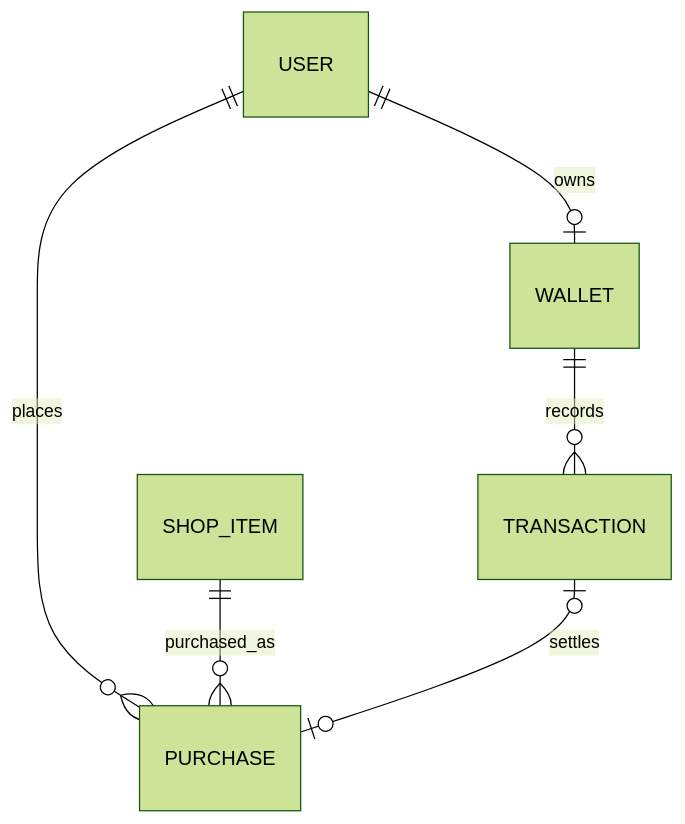
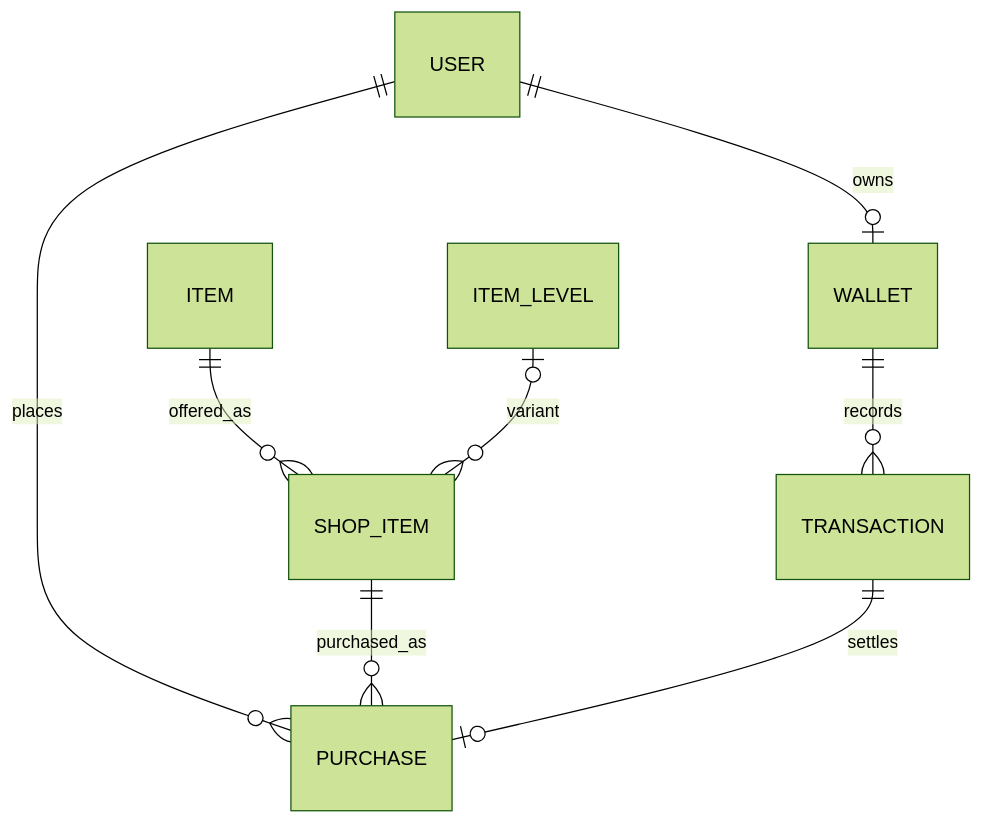
Before and after one commit to Martret92/duckyarenas-team5: the diagram in docs/erd/bank-shop.md, drawn with Mermaid (forest theme). The commit also changed other lines of this file, not shown here.

Commit message:
docs(bank-shop): align ERD with integrated models

````diff
--- a/docs/erd/bank-shop.md
+++ b/docs/erd/bank-shop.md
@@ -36,8 +26,10 @@
 ```mermaid
 erDiagram
     USER ||--o| WALLET : owns
     WALLET ||--o{ TRANSACTION : records
     USER ||--o{ PURCHASE : places
     SHOP_ITEM ||--o{ PURCHASE : purchased_as
-    TRANSACTION o|--o| PURCHASE : settles
+    TRANSACTION ||--o| PURCHASE : settles
+    ITEM ||--o{ SHOP_ITEM : offered_as
+    ITEM_LEVEL o|--o{ SHOP_ITEM : variant
 ```
````
